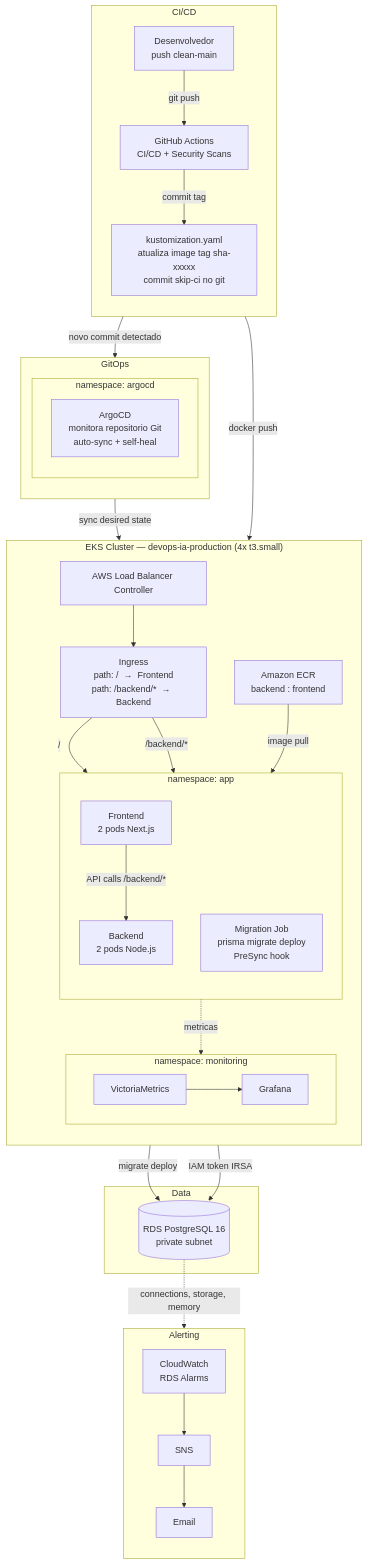
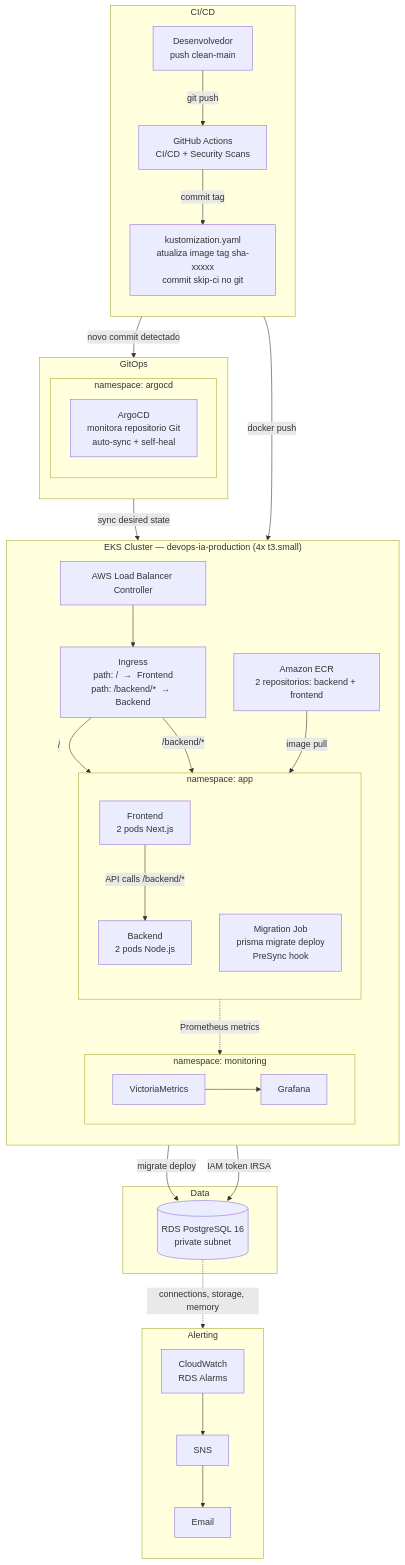
The diagram in README.md (SalesFX/eks-sre-devops-platform), drawn with Mermaid before and after one commit. The commit also changed other lines of this file, not shown here.

Commit message:
docs: fix ECR label, metrics wording and remove internal skill reference from README

````diff
--- a/README.md
+++ b/README.md
@@ -43,66 +43,66 @@
 ```mermaid
 flowchart TB
 
     subgraph CICD["CI/CD"]
         direction TB
         DEV["Desenvolvedor\npush clean-main"]
         GHA["GitHub Actions\nCI/CD + Security Scans"]
         KUST["kustomization.yaml\natualiza image tag sha-xxxxx\ncommit skip-ci no git"]
 
         DEV -->|"git push"| GHA
         GHA -->|"commit tag"| KUST
     end
 
     subgraph GITOPS["GitOps"]
         direction TB
         subgraph NS_ARGOCD["namespace: argocd"]
             ARGO["ArgoCD\nmonitora repositorio Git\nauto-sync + self-heal"]
         end
         KUST -->|"novo commit detectado"| ARGO
     end
 
     subgraph CLUSTER["EKS Cluster — devops-ia-production (4x t3.small)"]
         direction TB
 
-        ECR["Amazon ECR\nbackend : frontend"]
+        ECR["Amazon ECR\n2 repositorios: backend + frontend"]
 
         LBC["AWS Load Balancer Controller"]
         INGRESS["Ingress\npath: /  →  Frontend\npath: /backend/*  →  Backend"]
         LBC --> INGRESS
 
         subgraph APP["namespace: app"]
             direction TB
             FE["Frontend\n2 pods Next.js"]
             BE["Backend\n2 pods Node.js"]
             MIG["Migration Job\nprisma migrate deploy\nPreSync hook"]
             FE -->|"API calls /backend/*"| BE
         end
 
         subgraph MON["namespace: monitoring"]
             direction LR
             VM["VictoriaMetrics"] --> GF["Grafana"]
         end
 
         ECR -->|"image pull"| APP
         INGRESS -->|"/"| FE
         INGRESS -->|"/backend/*"| BE
     end
 
     subgraph DATA["Data"]
         RDS[("RDS PostgreSQL 16\nprivate subnet")]
     end
 
     subgraph ALERTS["Alerting"]
         direction TB
         CW["CloudWatch\nRDS Alarms"] --> SNS["SNS"] --> EMAIL["Email"]
     end
 
     GHA -->|"docker push"| ECR
     ARGO -->|"sync desired state"| APP
 
     MIG -->|"migrate deploy"| RDS
     BE -->|"IAM token IRSA"| RDS
 
     RDS -.->|"connections, storage, memory"| CW
-    APP -.->|"metricas"| VM
+    APP -.->|"Prometheus metrics"| VM
 ```
````
